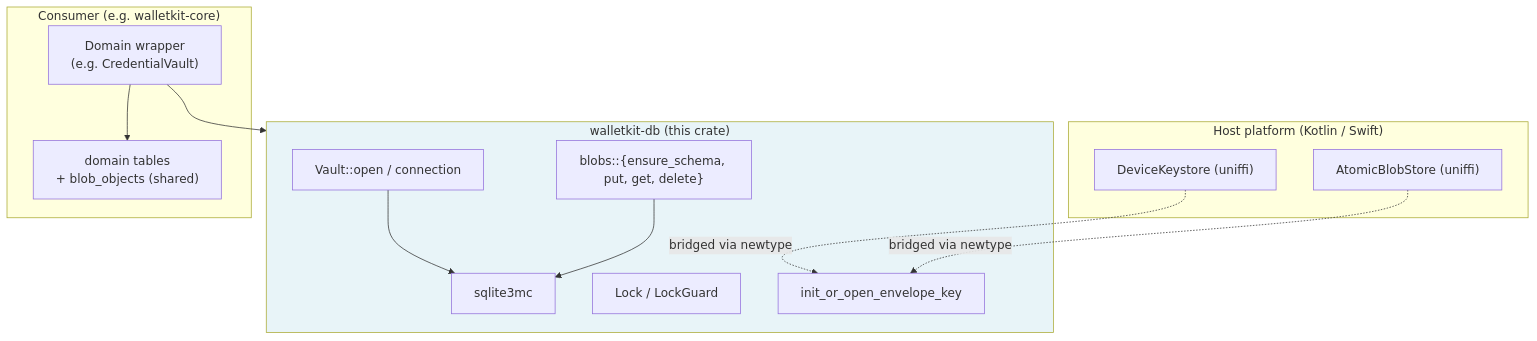
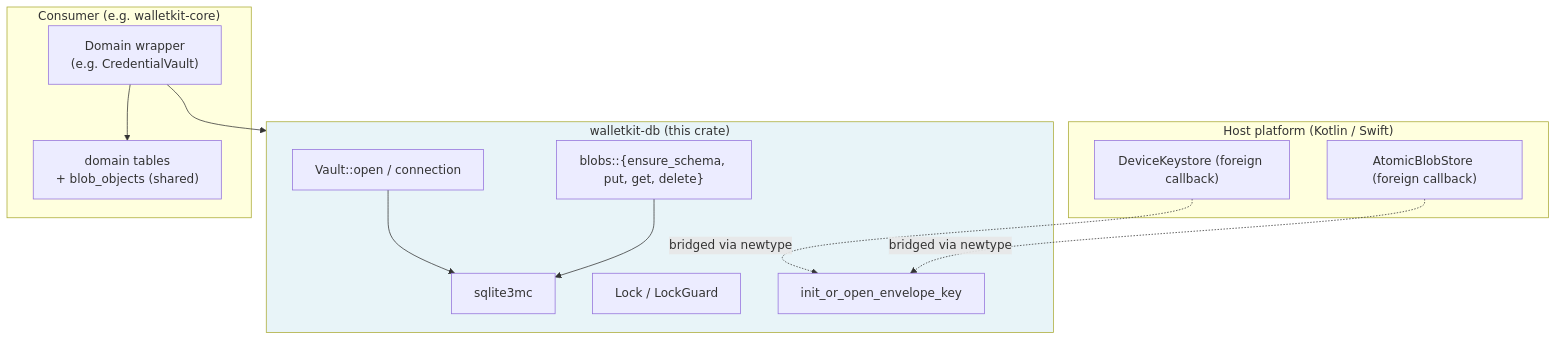
Before and after one commit to worldcoin/walletkit: the diagram in crates/walletkit-db/README.md, drawn with Mermaid. The commit also changed other lines of this file and 28 other files, not shown here.

````diff
--- a/crates/walletkit-db/README.md
+++ b/crates/walletkit-db/README.md
@@ -19,25 +19,25 @@
 ```mermaid
 flowchart TB
     subgraph Host["Host platform (Kotlin / Swift)"]
-        KS["DeviceKeystore (uniffi)"]
-        BS["AtomicBlobStore (uniffi)"]
+        KS["DeviceKeystore (foreign callback)"]
+        BS["AtomicBlobStore (foreign callback)"]
     end
     subgraph WKDB["walletkit-db (this crate)"]
         OV["Vault::open / connection"]
         Blobs["blobs::{ensure_schema, put, get, delete}"]
         Env["init_or_open_envelope_key"]
         Lock["Lock / LockGuard"]
         Cipher["sqlite3mc"]
         OV --> Cipher
         Blobs --> Cipher
     end
     subgraph Consumer["Consumer (e.g. walletkit-core)"]
         Wrapper["Domain wrapper<br/>(e.g. CredentialVault)"]
         Tables["domain tables<br/>+ blob_objects (shared)"]
         Wrapper --> Tables
     end
     KS -.bridged via newtype.-> Env
     BS -.bridged via newtype.-> Env
     Wrapper --> WKDB
     style WKDB fill:#e8f4f8
 ```
````
